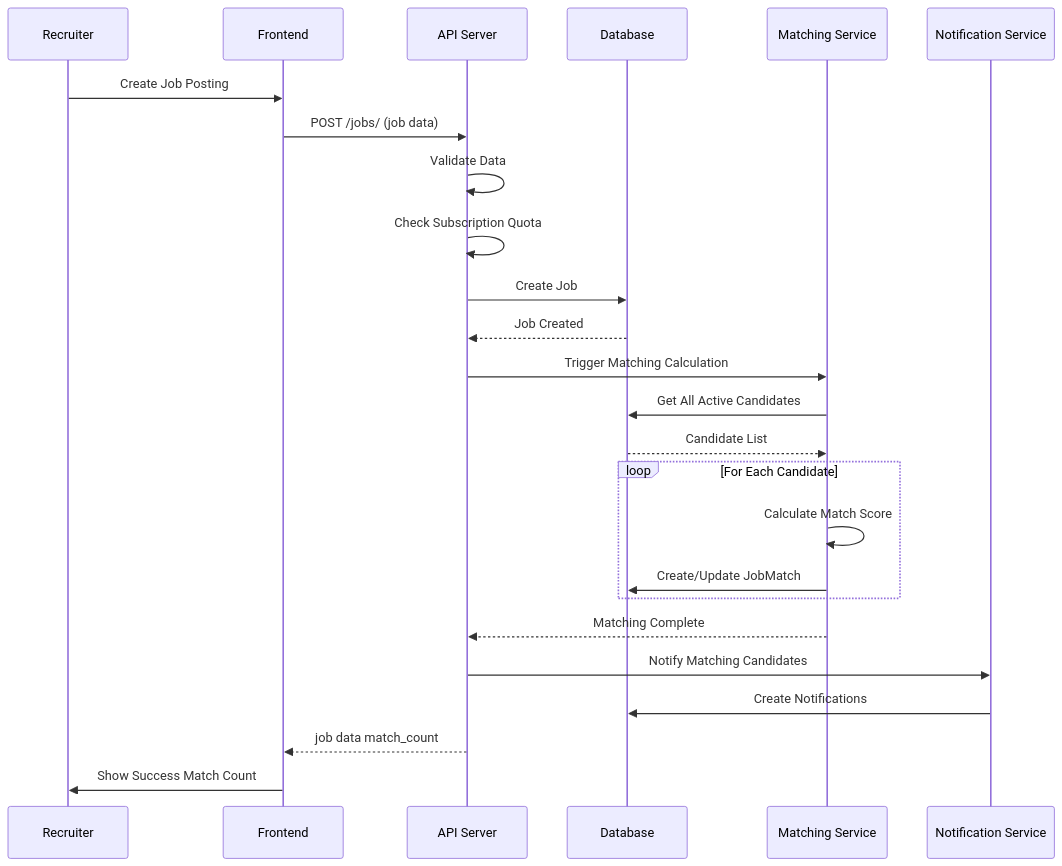
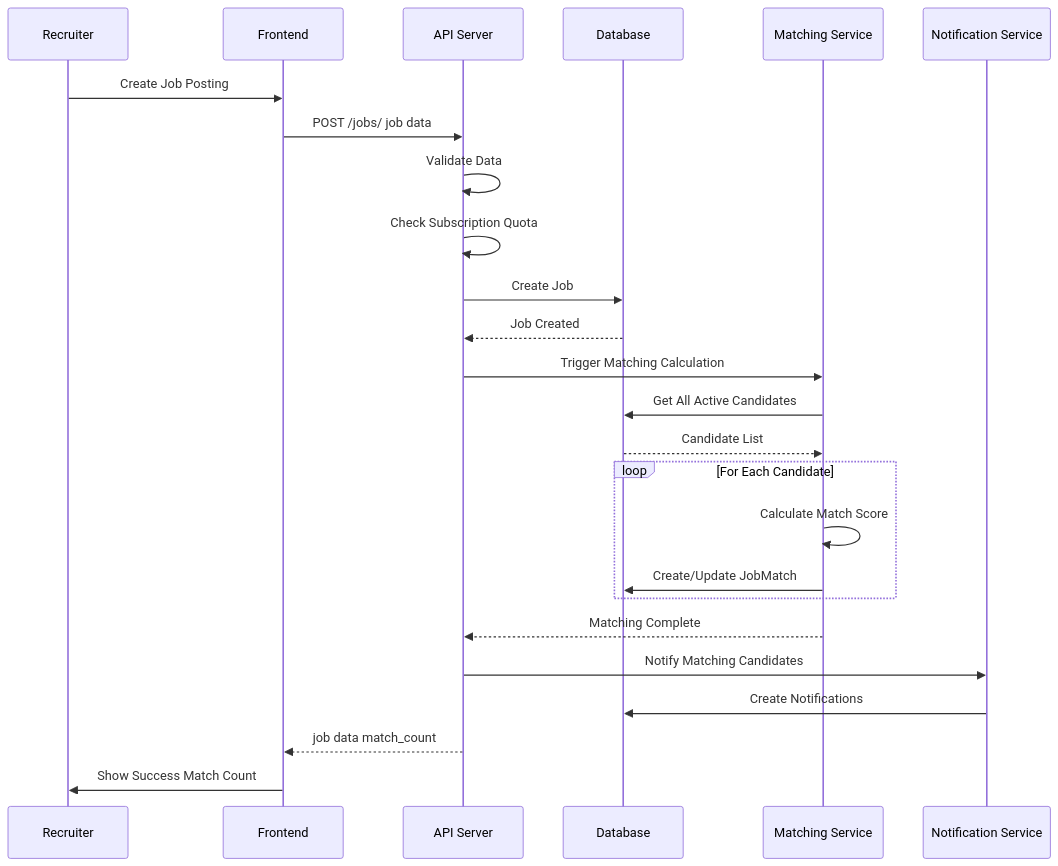
One commit to adil77672/recruitment-platform-docs changed the fourth of 17 diagrams in SYSTEM_DOCUMENTATION.md. Above: the diagram before and after it, drawn with Mermaid. The commit also changed other lines of this file, not shown here.

````diff
--- a/SYSTEM_DOCUMENTATION.md
+++ b/SYSTEM_DOCUMENTATION.md
@@ -725,31 +725,31 @@
 ```mermaid
 sequenceDiagram
     participant R as Recruiter
     participant F as Frontend
     participant API as API Server
     participant DB as Database
     participant M as Matching Service
     participant N as Notification Service
     
     R->>F: Create Job Posting
-    F->>API: POST /jobs/ (job data)
+    F->>API: POST /jobs/ job data
     API->>API: Validate Data
     API->>API: Check Subscription Quota
     API->>DB: Create Job
     DB-->>API: Job Created
     
     API->>M: Trigger Matching Calculation
     M->>DB: Get All Active Candidates
     DB-->>M: Candidate List
     
     loop For Each Candidate
         M->>M: Calculate Match Score
         M->>DB: Create/Update JobMatch
     end
     
     M-->>API: Matching Complete
     API->>N: Notify Matching Candidates
     N->>DB: Create Notifications
     API-->>F: job data match_count
     F->>R: Show Success Match Count
 ```
````
